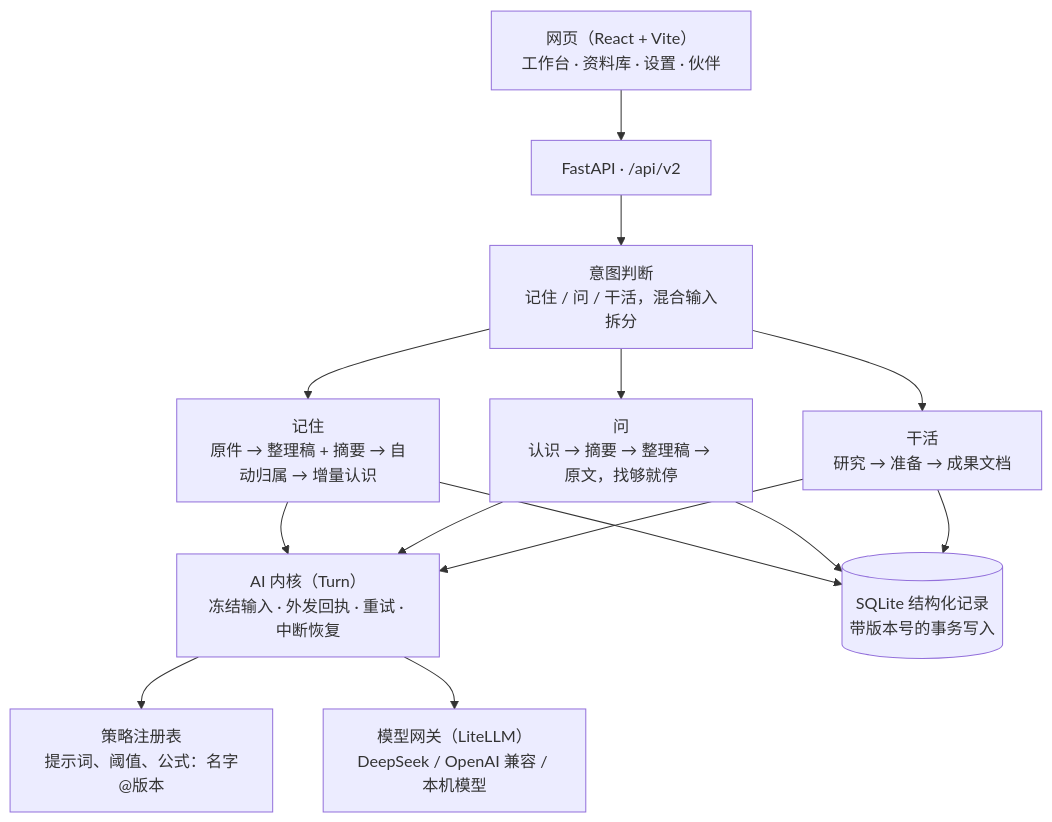
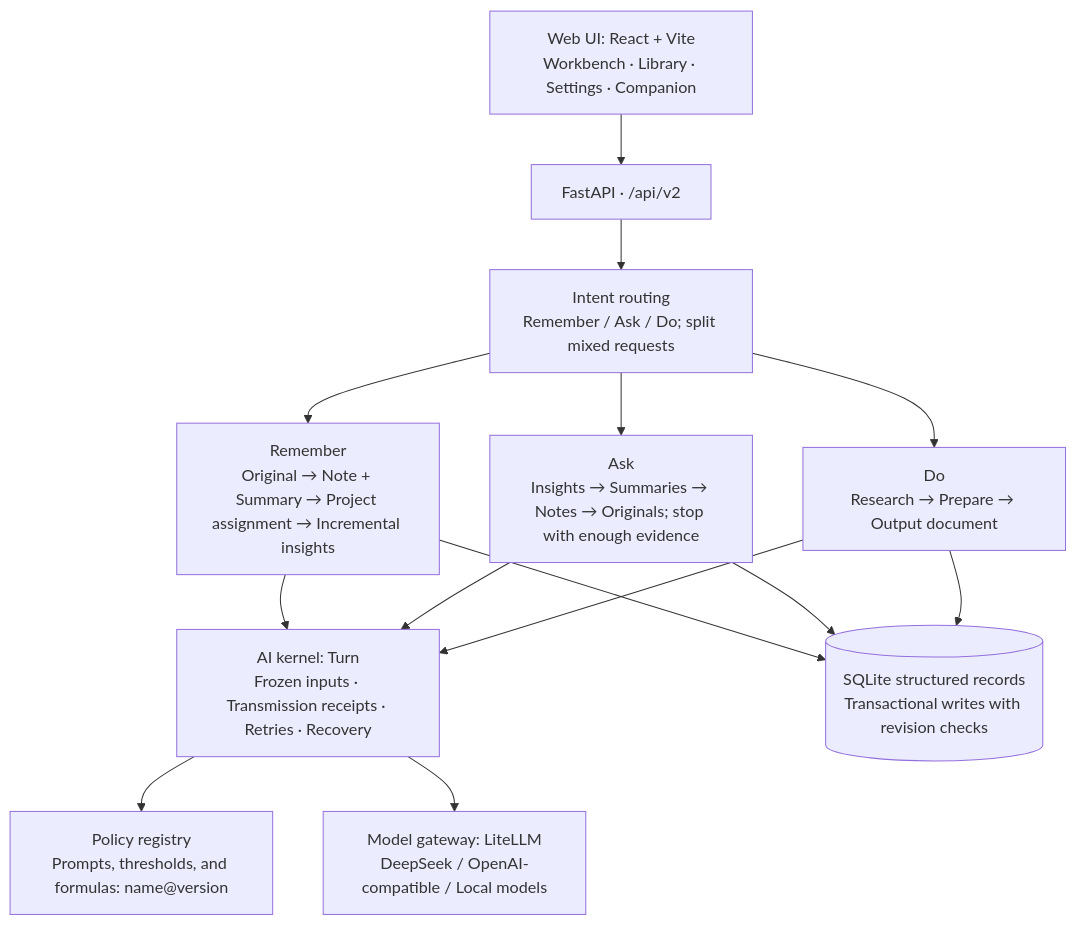
The first of 2 diagrams in README.md (qingmingyiyang/Incremind), drawn with Mermaid before and after one commit. The commit also changed other lines of this file and 3 other files, not shown here.

````diff
--- a/README.md
+++ b/README.md
@@ -198,12 +213,12 @@
 ```mermaid
 flowchart TB
-  UI["网页（React + Vite）<br/>工作台 · 资料库 · 设置 · 伙伴"] --> API["FastAPI · /api/v2"]
-  API --> R["意图判断<br/>记住 / 问 / 干活，混合输入拆分"]
-  R --> M["记住<br/>原件 → 整理稿 + 摘要 → 自动归属 → 增量认识"]
-  R --> Q["问<br/>认识 → 摘要 → 整理稿 → 原文，找够就停"]
-  R --> D["干活<br/>研究 → 准备 → 成果文档"]
-  M & Q & D --> K["AI 内核（Turn）<br/>冻结输入 · 外发回执 · 重试 · 中断恢复"]
-  K --> P["策略注册表<br/>提示词、阈值、公式：名字@版本"]
-  K --> G["模型网关（LiteLLM）<br/>DeepSeek / OpenAI 兼容 / 本机模型"]
-  M & Q & D --> S[("SQLite 结构化记录<br/>带版本号的事务写入")]
+  UI["Web UI: React + Vite<br/>Workbench · Library · Settings · Companion"] --> API["FastAPI · /api/v2"]
+  API --> R["Intent routing<br/>Remember / Ask / Do; split mixed requests"]
+  R --> M["Remember<br/>Original → Note + Summary → Project assignment → Incremental insights"]
+  R --> Q["Ask<br/>Insights → Summaries → Notes → Originals; stop with enough evidence"]
+  R --> D["Do<br/>Research → Prepare → Output document"]
+  M & Q & D --> K["AI kernel: Turn<br/>Frozen inputs · Transmission receipts · Retries · Recovery"]
+  K --> P["Policy registry<br/>Prompts, thresholds, and formulas: name@version"]
+  K --> G["Model gateway: LiteLLM<br/>DeepSeek / OpenAI-compatible / Local models"]
+  M & Q & D --> S[("SQLite structured records<br/>Transactional writes with revision checks")]
 ```
````
